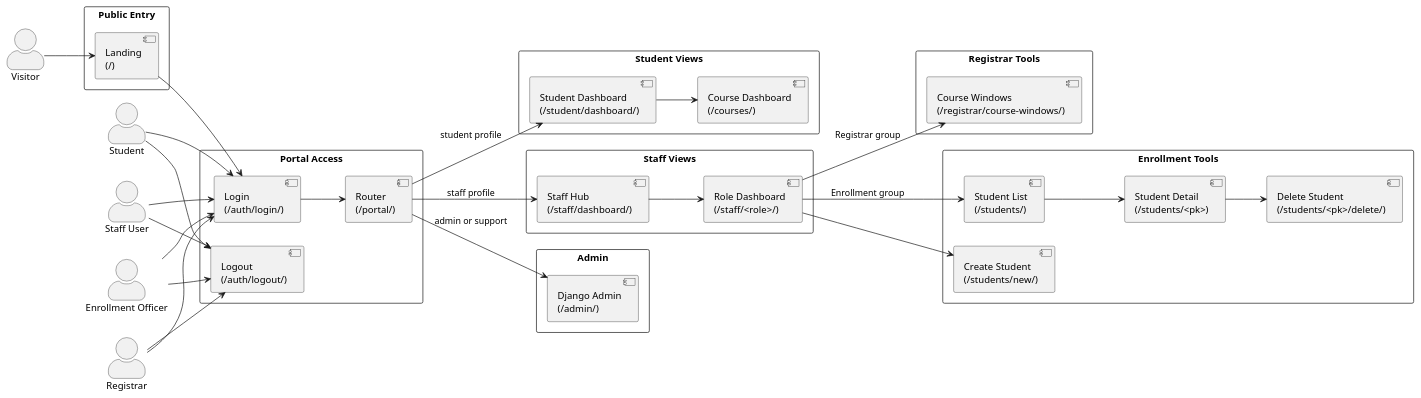
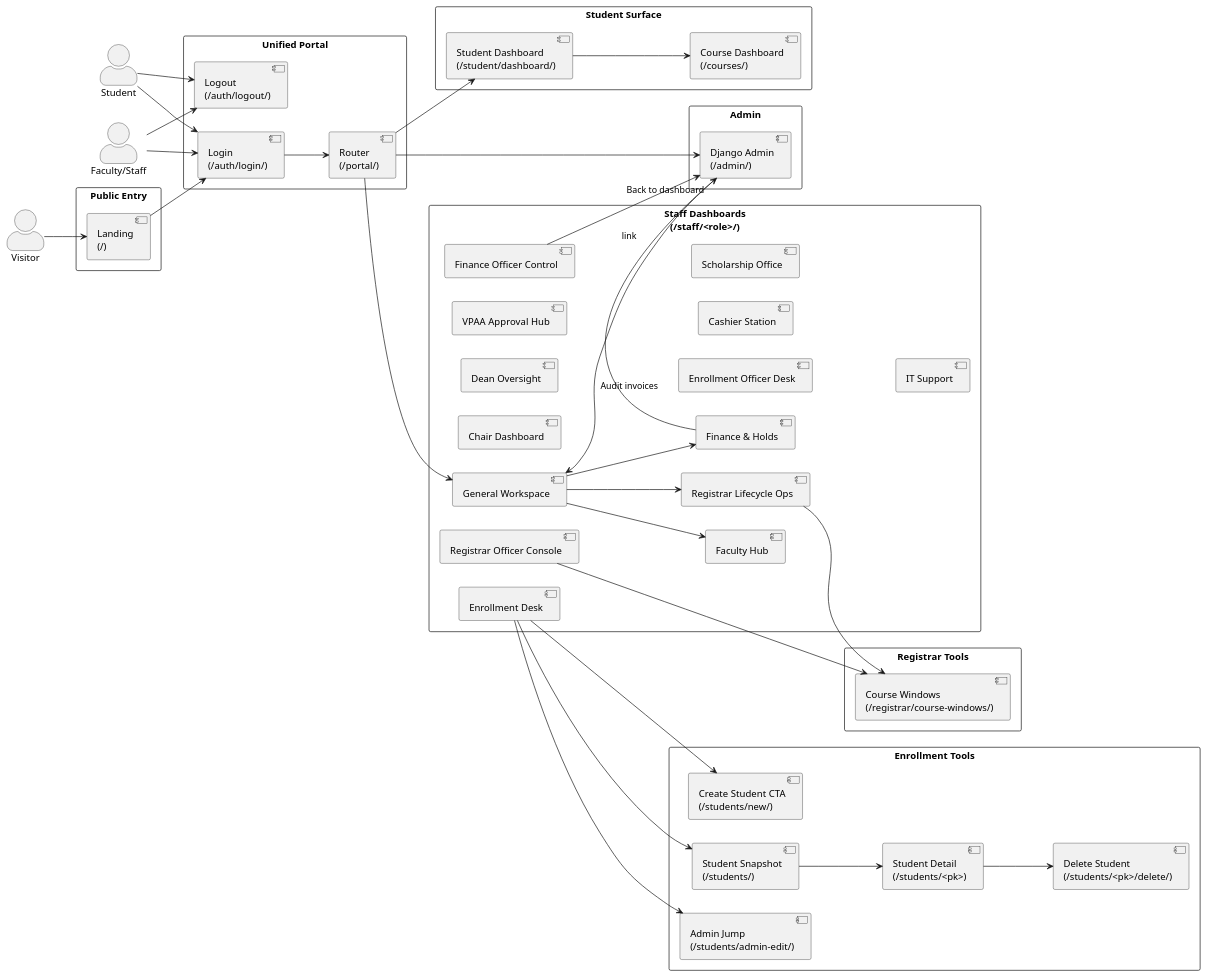
Before and after one commit to maliky/tuth: the first of 3 diagrams in journal.org, drawn with PlantUML. The commit also changed 24 other files, not shown here.

```diff
--- a/journal.org
+++ b/journal.org
@@ -49,39 +49,50 @@
 
 actor Visitor
 actor Student
-actor "Staff User" as Staff
-actor "Enrollment Officer" as Enroll
-actor Registrar
+actor "Faculty/Staff" as Staff
 
 rectangle "Public Entry" {
   [Landing\n(/)] as Landing
 }
 
-rectangle "Portal Access" {
+rectangle "Unified Portal" {
   [Login\n(/auth/login/)] as Login
   [Router\n(/portal/)] as Router
   [Logout\n(/auth/logout/)] as Logout
 }
 
-rectangle "Student Views" {
+rectangle "Student Surface" {
   [Student Dashboard\n(/student/dashboard/)] as StuDash
   [Course Dashboard\n(/courses/)] as Courses
 }
 
-rectangle "Staff Views" {
-  [Staff Hub\n(/staff/dashboard/)] as StaffHub
-  [Role Dashboard\n(/staff/<role>/)] as StaffRole
+rectangle "Staff Dashboards\n(/staff/<role>/)" {
+  [General Workspace] as StaffGeneral
+  [Faculty Hub] as StaffFaculty
+  [Chair Dashboard] as StaffChair
+  [Dean Oversight] as StaffDean
+  [VPAA Approval Hub] as StaffVPAA
+  [Registrar Lifecycle Ops] as StaffRegistrar
+  [Registrar Officer Console] as StaffRegistrarOfficer
+  [Enrollment Desk] as StaffEnroll
+  [Enrollment Officer Desk] as StaffEnrollOfficer
+  [Finance & Holds] as StaffFinance
+  [Finance Officer Control] as StaffFinanceOfficer
+  [Cashier Station] as StaffCashier
+  [Scholarship Office] as StaffScholarship
+  [IT Support] as StaffIT
+}
+
+rectangle "Enrollment Tools" {
+  [Student Snapshot\n(/students/)] as StuList
+  [Student Detail\n(/students/<pk>)] as StuDetail
+  [Admin Jump\n(/students/admin-edit/)] as AdminJump
+  [Create Student CTA\n(/students/new/)] as StuNew
+  [Delete Student\n(/students/<pk>/delete/)] as StuDelete
 }
 
 rectangle "Registrar Tools" {
   [Course Windows\n(/registrar/course-windows/)] as RegWin
-}
-
-rectangle "Enrollment Tools" {
-  [Student List\n(/students/)] as StuList
-  [Student Detail\n(/students/<pk>)] as StuDetail
-  [Create Student\n(/students/new/)] as StuNew
-  [Delete Student\n(/students/<pk>/delete/)] as StuDelete
 }
 
 rectangle "Admin" {
@@ -92,25 +103,31 @@
 Landing --> Login
 Student --> Login
 Staff --> Login
-Enroll --> Login
-Registrar --> Login
 
 Login --> Router
-Router --> StuDash : student profile
-Router --> StaffHub : staff profile
-Router --> AdminPage : admin or support
+Router --> StuDash
+Router --> StaffGeneral
+Router --> AdminPage
+
 StuDash --> Courses
-StaffHub --> StaffRole
-StaffRole --> RegWin : Registrar group
-StaffRole --> StuList : Enrollment group
-StaffRole --> StuNew
+StaffGeneral --> StaffFaculty
+StaffGeneral --> StaffRegistrar
+StaffGeneral --> StaffFinance
+
+StaffRegistrar --> RegWin
+StaffRegistrarOfficer --> RegWin
+StaffEnroll --> StuList
+StaffEnroll --> AdminJump
+StaffEnroll --> StuNew
 StuList --> StuDetail
 StuDetail --> StuDelete
 
+StaffFinance --> AdminPage : Audit invoices
+StaffFinanceOfficer --> AdminPage
+AdminPage --> StaffGeneral : “Back to dashboard” link
+
 Student --> Logout
 Staff --> Logout
-Enroll --> Logout
-Registrar --> Logout
 
 @enduml
 #+END_SRC
```
